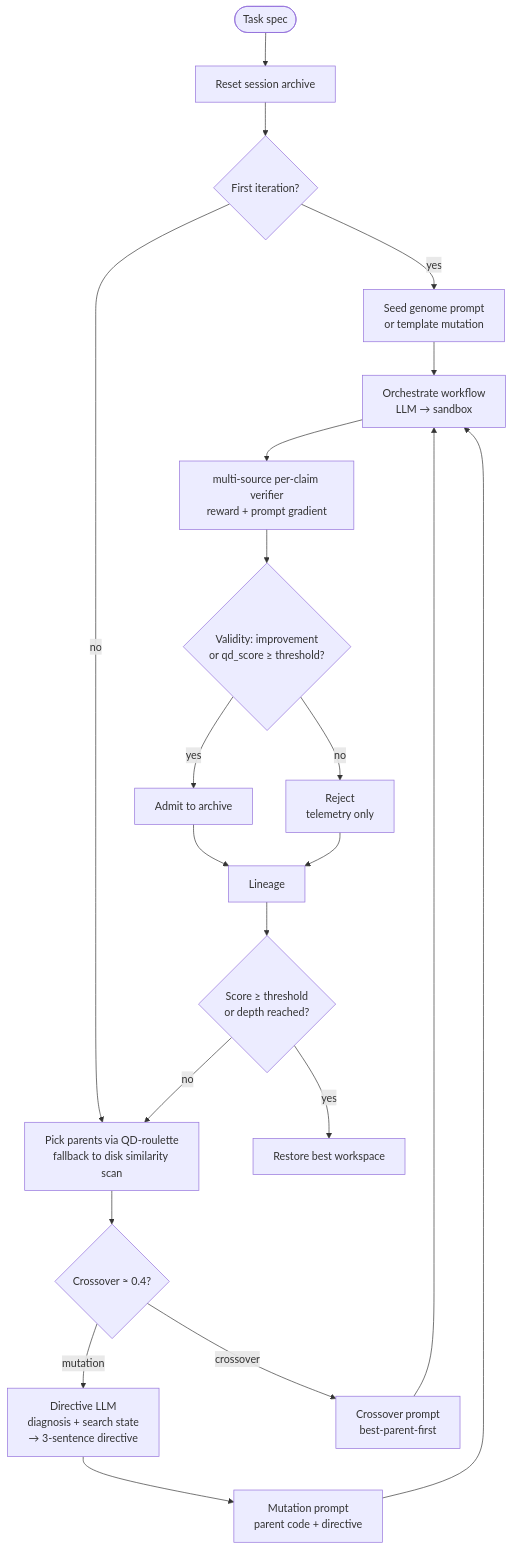
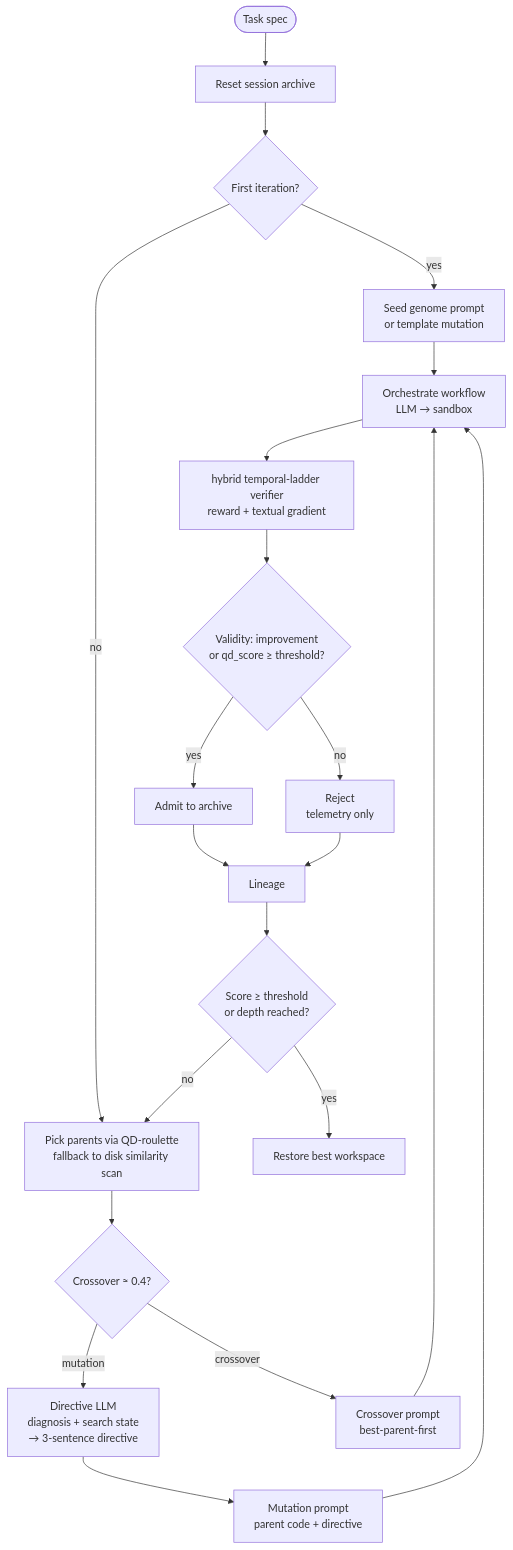
One commit to HolobiomicsLab/Mimosa-AI changed the diagram in docs/concepts/evolution-engine.md. Above: the diagram before and after it, drawn with Mermaid. The commit also changed other lines of this file and 227 other files, not shown here.

````diff
--- a/docs/concepts/evolution-engine.md
+++ b/docs/concepts/evolution-engine.md
@@ -13,23 +13,23 @@
 ```mermaid
 flowchart TB
     Start([Task spec]) --> Reset[Reset session archive]
     Reset --> Seed{First iteration?}
     Seed -- yes --> SeedPrompt[Seed genome prompt<br/>or template mutation]
     Seed -- no --> Pick[Pick parents via QD-roulette<br/>fallback to disk similarity scan]
     SeedPrompt --> Orch[Orchestrate workflow<br/>LLM → sandbox]
     Pick --> Decide{Crossover ≈ 0.4?}
     Decide -- mutation --> Think[Directive LLM<br/>diagnosis + search state<br/>→ 3-sentence directive]
     Decide -- crossover --> Cross[Crossover prompt<br/>best-parent-first]
     Think --> Mut[Mutation prompt<br/>parent code + directive]
     Mut --> Orch
     Cross --> Orch
-    Orch --> Eval[multi-source per-claim verifier<br/>reward + prompt gradient]
+    Orch --> Eval[hybrid temporal-ladder verifier<br/>reward + textual gradient]
     Eval --> Admit{Validity: improvement<br/>or qd_score ≥ threshold?}
     Admit -- yes --> Archive[Admit to archive]
     Admit -- no --> Reject[Reject<br/>telemetry only]
     Archive --> Lin[Lineage]
     Reject --> Lin
     Lin --> Stop{Score ≥ threshold<br/>or depth reached?}
     Stop -- no --> Pick
     Stop -- yes --> Restore[Restore best workspace]
 ```
````
